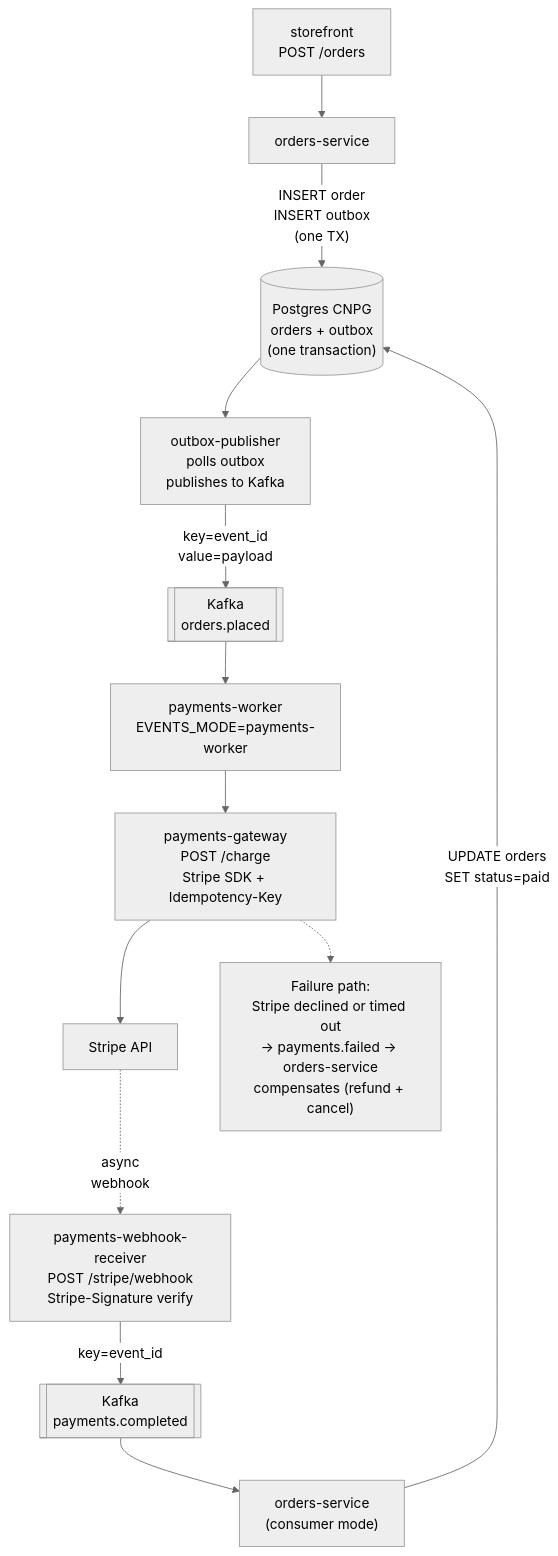
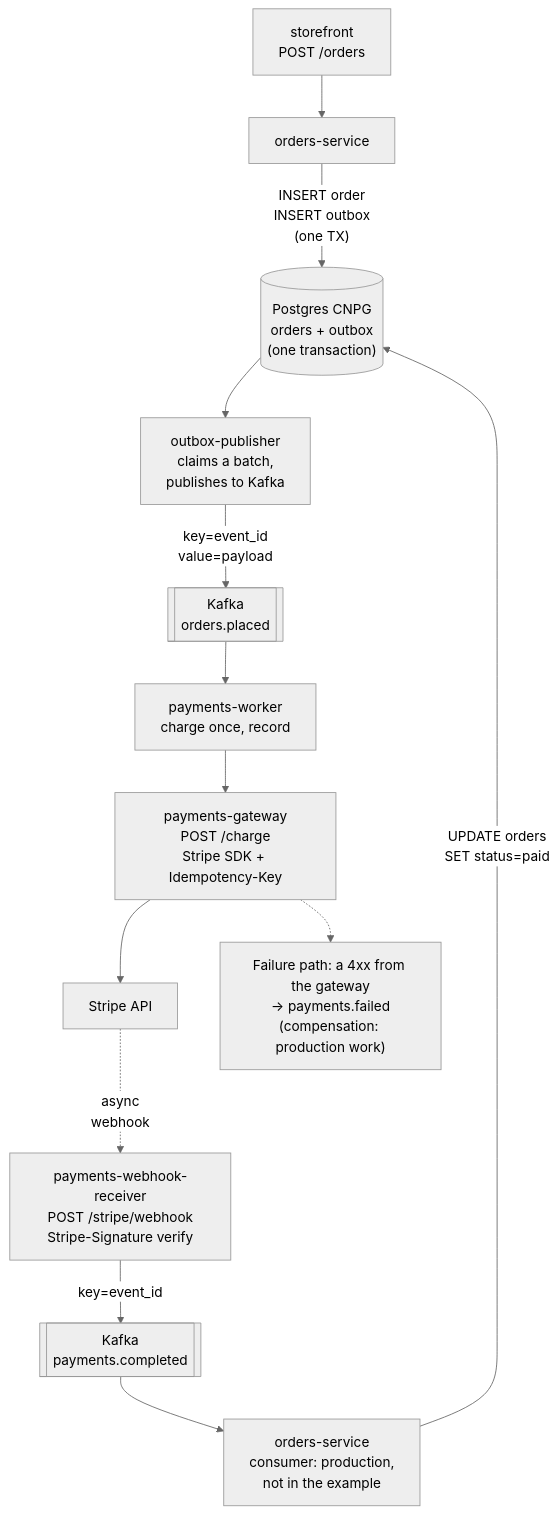
The diagram in full-guide/13-grand-capstone-bookstore-platform/06-payments-and-event-sourcing.md (abd-ulbasit/bookstore-kubernetes-guide), drawn with Mermaid (neutral theme) before and after one commit. The commit also changed other lines of this file and 19 other files, not shown here.

````diff
--- a/full-guide/13-grand-capstone-bookstore-platform/06-payments-and-event-sourcing.md
+++ b/full-guide/13-grand-capstone-bookstore-platform/06-payments-and-event-sourcing.md
@@ -112,27 +125,27 @@
 ```mermaid
 flowchart TB
     sf["storefront<br/>POST /orders"]
     os["orders-service"]
     pg[("Postgres CNPG<br/>orders + outbox<br/>(one transaction)")]
-    op["outbox-publisher<br/>polls outbox<br/>publishes to Kafka"]
+    op["outbox-publisher<br/>claims a batch,<br/>publishes to Kafka"]
     k1[["Kafka<br/>orders.placed"]]
-    pw["payments-worker<br/>EVENTS_MODE=payments-worker"]
+    pw["payments-worker<br/>charge once, record"]
     pgw["payments-gateway<br/>POST /charge<br/>Stripe SDK + Idempotency-Key"]
     stripe["Stripe API"]
     wh["payments-webhook-receiver<br/>POST /stripe/webhook<br/>Stripe-Signature verify"]
     k2[["Kafka<br/>payments.completed"]]
-    os2["orders-service<br/>(consumer mode)"]
+    os2["orders-service<br/>consumer: production,<br/>not in the example"]
 
     sf --> os
     os -->|"INSERT order<br/>INSERT outbox<br/>(one TX)"| pg
     pg --> op
     op -->|"key=event_id<br/>value=payload"| k1
     k1 --> pw --> pgw --> stripe
     stripe -.->|"async<br/>webhook"| wh
     wh -->|"key=event_id"| k2
     k2 --> os2
     os2 -->|"UPDATE orders<br/>SET status=paid"| pg
 
-    fail["Failure path:<br/>Stripe declined or timed out<br/>-> payments.failed -> orders-service<br/>compensates (refund + cancel)"]
+    fail["Failure path: a 4xx from the gateway<br/>-> payments.failed<br/>(compensation: production work)"]
     pgw -.-> fail
 ```
````
